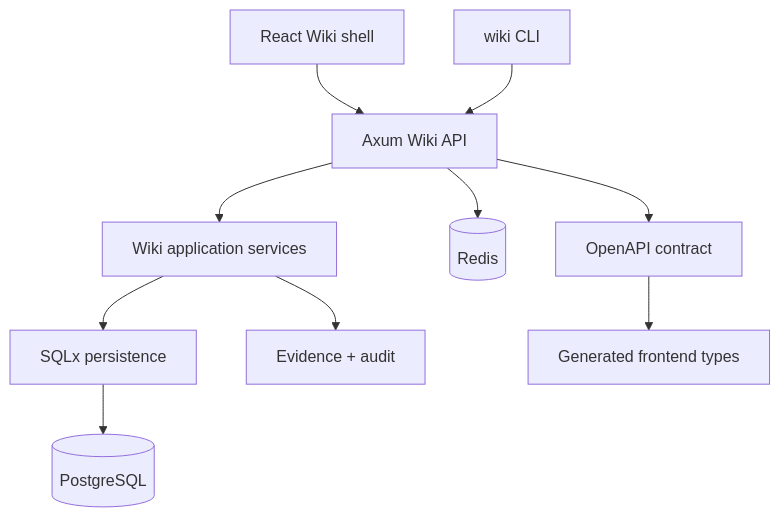
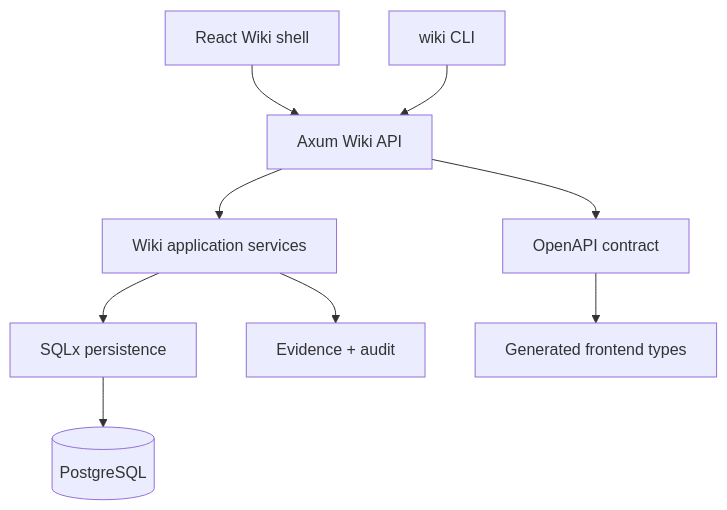
The diagram in README.md (FerrPOINT/wiki), drawn with Mermaid before and after one commit. The commit also changed other lines of this file and 39 other files, not shown here.

````diff
--- a/README.md
+++ b/README.md
@@ -169,12 +174,11 @@
 ```mermaid
 flowchart TD
     UI[React Wiki shell] --> API[Axum Wiki API]
     CLI[wiki CLI] --> API
     API --> Services[Wiki application services]
     Services --> Store[SQLx persistence]
     Store --> DB[(PostgreSQL)]
-    API --> Redis[(Redis)]
     Services --> Evidence[Evidence + audit]
     OpenAPI[OpenAPI contract] --> Gen[Generated frontend types]
     API --> OpenAPI
 ```
````
